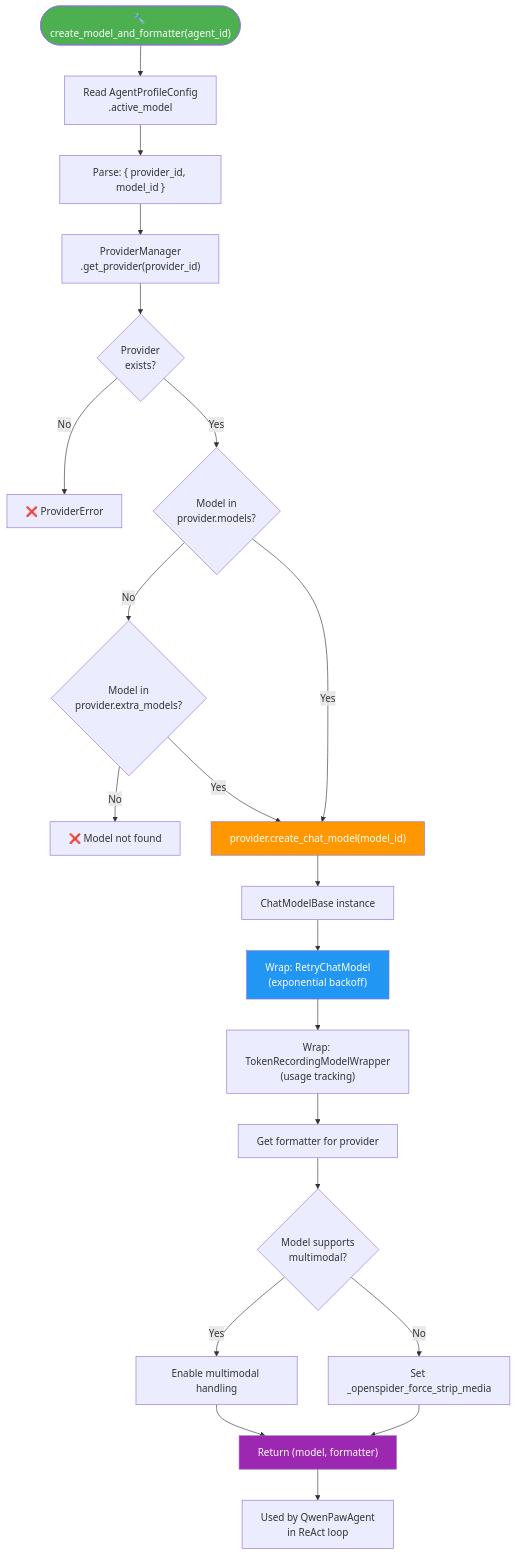
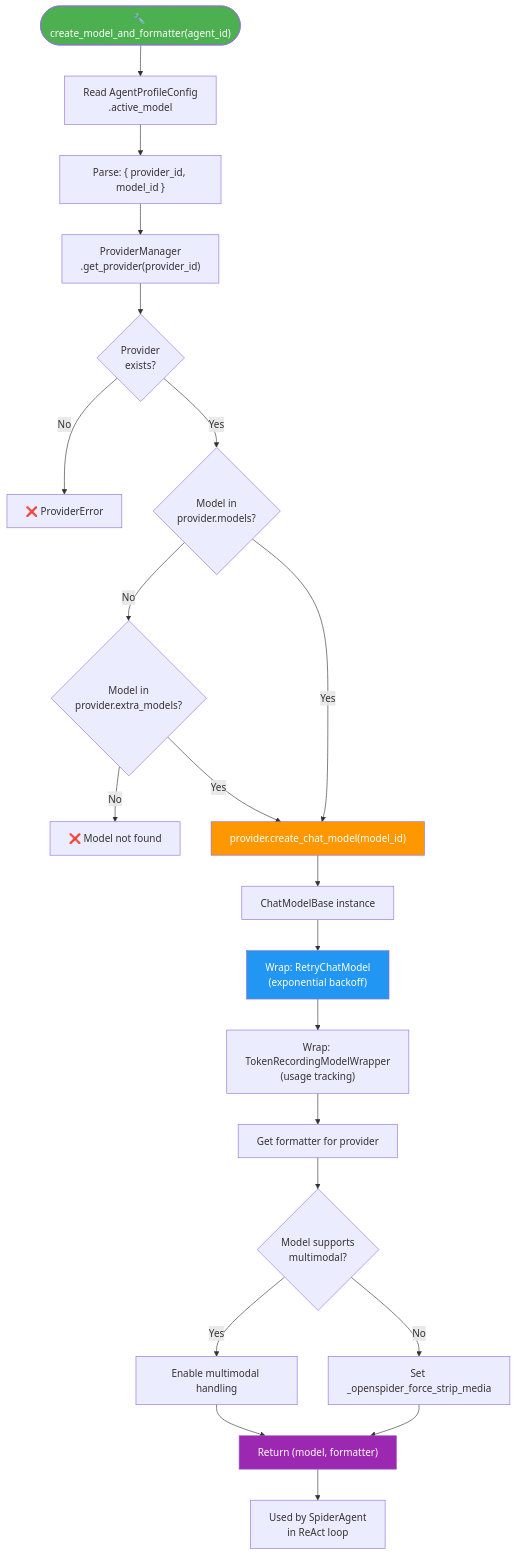
The fifth of 9 diagrams in docs/15-agent-flows.md (phamdinhdat-ai/SpiderAgents), drawn with Mermaid before and after one commit. The commit also changed other lines of this file and 37 other files, not shown here.

````diff
--- a/docs/15-agent-flows.md
+++ b/docs/15-agent-flows.md
@@ -213,31 +213,31 @@
 ```mermaid
 flowchart TD
     START(["🔧 create_model_and_formatter(agent_id)"]) --> READ["Read AgentProfileConfig<br/>.active_model"]
     READ --> PARSE["Parse: { provider_id, model_id }"]
     
     PARSE --> GET_PROV["ProviderManager<br/>.get_provider(provider_id)"]
     GET_PROV --> VALID{"Provider<br/>exists?"}
     VALID -->|No| ERR1["❌ ProviderError"]
     VALID -->|Yes| CHECK_MODEL{"Model in<br/>provider.models?"}
     CHECK_MODEL -->|No| CHECK_EXTRA{"Model in<br/>provider.extra_models?"}
     CHECK_EXTRA -->|No| ERR2["❌ Model not found"]
     CHECK_MODEL -->|Yes| CREATE
     CHECK_EXTRA -->|Yes| CREATE
     
     CREATE["provider.create_chat_model(model_id)"] --> BASE["ChatModelBase instance"]
     BASE --> WRAP_RETRY["Wrap: RetryChatModel<br/>(exponential backoff)"]
     WRAP_RETRY --> WRAP_TOKEN["Wrap: TokenRecordingModelWrapper<br/>(usage tracking)"]
     WRAP_TOKEN --> GET_FORMAT["Get formatter for provider"]
     GET_FORMAT --> CHECK_MM{"Model supports<br/>multimodal?"}
     CHECK_MM -->|Yes| SET_MM["Enable multimodal handling"]
     CHECK_MM -->|No| STRIP["Set _openspider_force_strip_media"]
     SET_MM --> RETURN
     STRIP --> RETURN["Return (model, formatter)"]
     
-    RETURN --> USE["Used by QwenPawAgent<br/>in ReAct loop"]
+    RETURN --> USE["Used by SpiderAgent<br/>in ReAct loop"]
 
     style START fill:#4CAF50,color:#fff
     style CREATE fill:#FF9800,color:#fff
     style WRAP_RETRY fill:#2196F3,color:#fff
     style RETURN fill:#9C27B0,color:#fff
 ```
````
